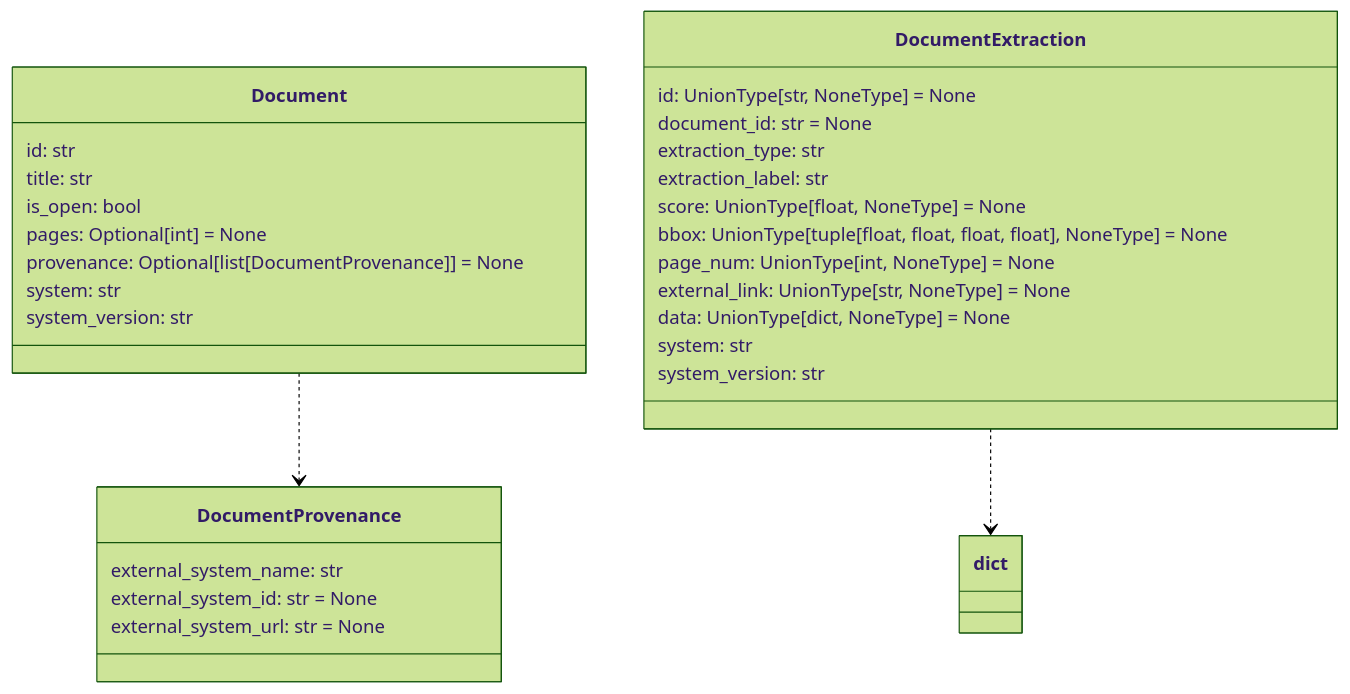
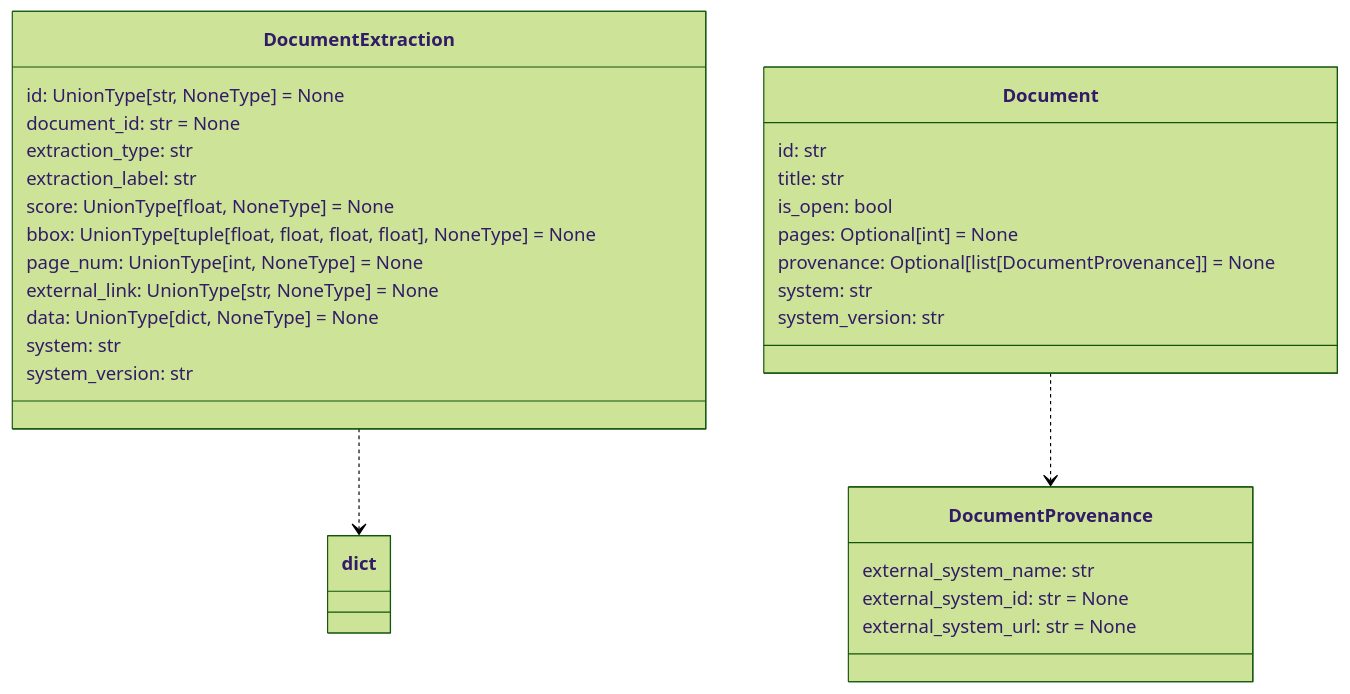
Before and after one commit to DARPA-CRITICALMAAS/cdr_schemas: the ninth of 12 diagrams in README.md, drawn with Mermaid (forest theme). The commit also changed other lines of this file and 4 other files, not shown here.

````diff
--- a/README.md
+++ b/README.md
@@ -609,38 +609,38 @@
 ```mermaid
 classDiagram
-
-    class Document {
-        id: str
-        title: str
-        is_open: bool
-        pages: Optional[int] = None
-        provenance: Optional[list[DocumentProvenance]] = None
-        system: str
-        system_version: str
-    }
 
     class DocumentExtraction {
         id: UnionType[str, NoneType] = None
         document_id: str = None
         extraction_type: str
         extraction_label: str
         score: UnionType[float, NoneType] = None
         bbox: UnionType[tuple[float, float, float, float], NoneType] = None
         page_num: UnionType[int, NoneType] = None
         external_link: UnionType[str, NoneType] = None
         data: UnionType[dict, NoneType] = None
         system: str
         system_version: str
     }
 
+    class Document {
+        id: str
+        title: str
+        is_open: bool
+        pages: Optional[int] = None
+        provenance: Optional[list[DocumentProvenance]] = None
+        system: str
+        system_version: str
+    }
+
     class DocumentProvenance {
         external_system_name: str
         external_system_id: str = None
         external_system_url: str = None
     }
 
     Document ..> DocumentProvenance
     DocumentExtraction ..> dict
 
 
 ```
````
